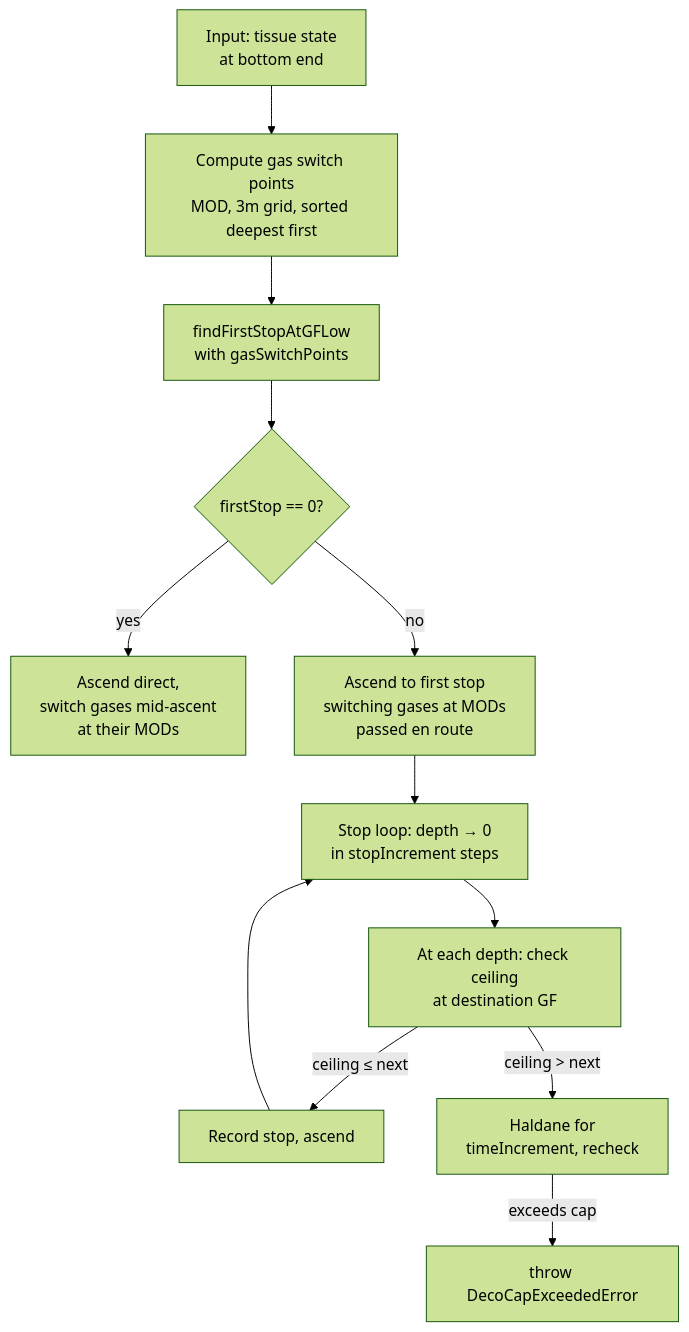
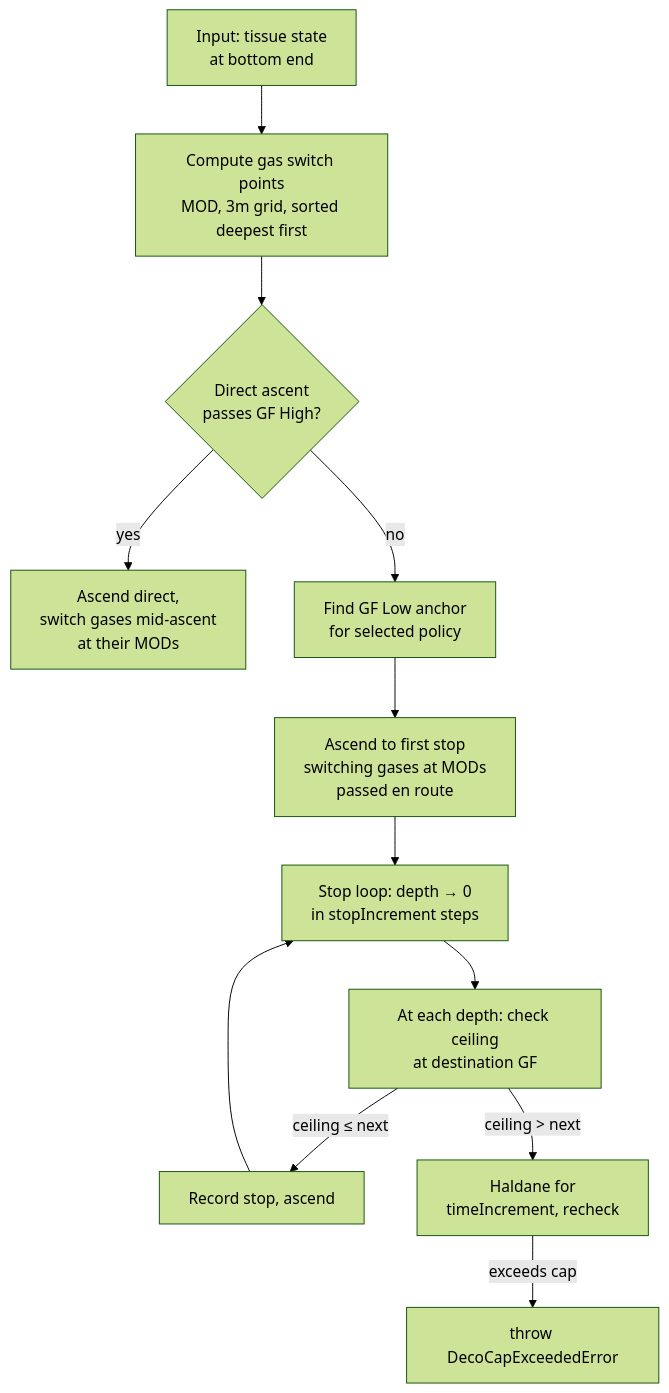
Before and after one commit to matej-hron/decojs: the diagram in wiki/Algo-04-Deco-Stop-Loop.md, drawn with Mermaid (forest theme). The commit also changed other lines of this file and 19 other files, not shown here.

````diff
--- a/wiki/Algo-04-Deco-Stop-Loop.md
+++ b/wiki/Algo-04-Deco-Stop-Loop.md
@@ -41,14 +49,14 @@
 ```mermaid
 flowchart TD
   A[Input: tissue state<br/>at bottom end] --> B[Compute gas switch points<br/>MOD, 3m grid, sorted deepest first]
-  B --> C[findFirstStopAtGFLow<br/>with gasSwitchPoints]
-  C --> D{firstStop == 0?}
-  D -- yes --> E[Ascend direct,<br/>switch gases mid-ascent<br/>at their MODs]
-  D -- no --> F[Ascend to first stop<br/>switching gases at MODs<br/>passed en route]
+  B --> C{Direct ascent<br/>passes GF High?}
+  C -- yes --> E[Ascend direct,<br/>switch gases mid-ascent<br/>at their MODs]
+  C -- no --> D[Find GF Low anchor<br/>for selected policy]
+  D --> F[Ascend to first stop<br/>switching gases at MODs<br/>passed en route]
   F --> G[Stop loop: depth → 0<br/>in stopIncrement steps]
   G --> H[At each depth: check ceiling<br/>at destination GF]
   H -- ceiling ≤ next --> I[Record stop, ascend]
   H -- ceiling > next --> J[Haldane for<br/>timeIncrement, recheck]
   J -- exceeds cap --> K[throw DecoCapExceededError]
   I --> G
 ```
````
